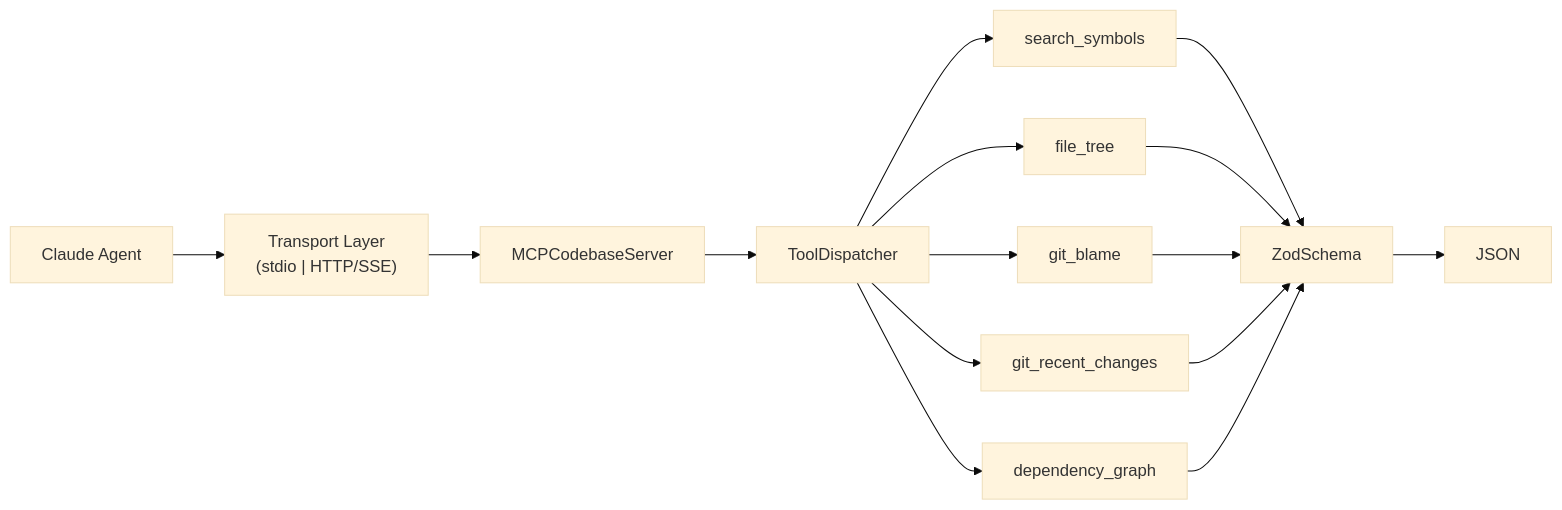
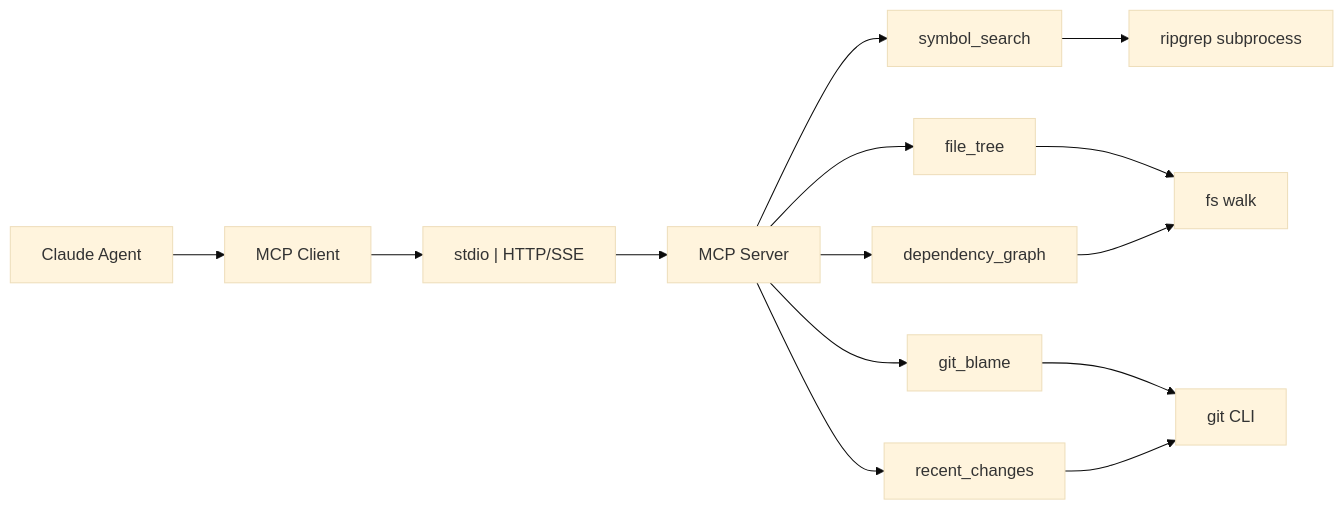
Before and after one commit to Hauckjf/mcp-codebase-context: the first of 2 diagrams in README.md, drawn with Mermaid (base theme). The commit also changed other lines of this file, not shown here.

Commit message:
docs(readme): add architecture diagrams with subprocess chain and tool call round-trip

````diff
--- a/README.md
+++ b/README.md
@@ -55,29 +43,25 @@
 ```mermaid
 flowchart LR
     agent[Claude Agent]
-    transport["Transport Layer\n(stdio | HTTP/SSE)"]
-    server[MCPCodebaseServer]
-    dispatcher[ToolDispatcher]
-    ss[search_symbols]
+    client[MCP Client]
+    transport["stdio | HTTP/SSE"]
+    server[MCP Server]
+    ss[symbol_search]
     ft[file_tree]
     gb[git_blame]
-    rc[git_recent_changes]
+    rc[recent_changes]
     dg[dependency_graph]
-    zod[ZodSchema]
-    json[JSON]
+    rg[ripgrep subprocess]
+    fs[fs walk]
+    git[git CLI]
 
-    agent --> transport
+    agent --> client
+    client --> transport
     transport --> server
-    server --> dispatcher
-    dispatcher --> ss
-    dispatcher --> ft
-    dispatcher --> gb
-    dispatcher --> rc
-    dispatcher --> dg
-    ss --> zod
-    ft --> zod
-    gb --> zod
-    rc --> zod
-    dg --> zod
-    zod --> json
+    server --> ss & ft & gb & rc & dg
+    ss --> rg
+    ft --> fs
+    gb --> git
+    rc --> git
+    dg --> fs
 ```
````
